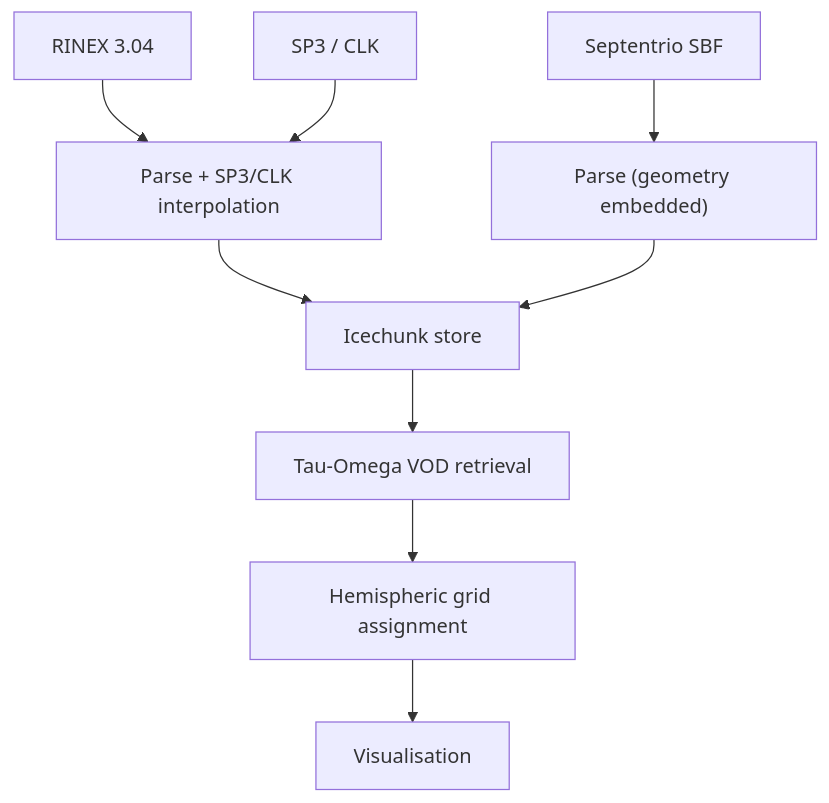
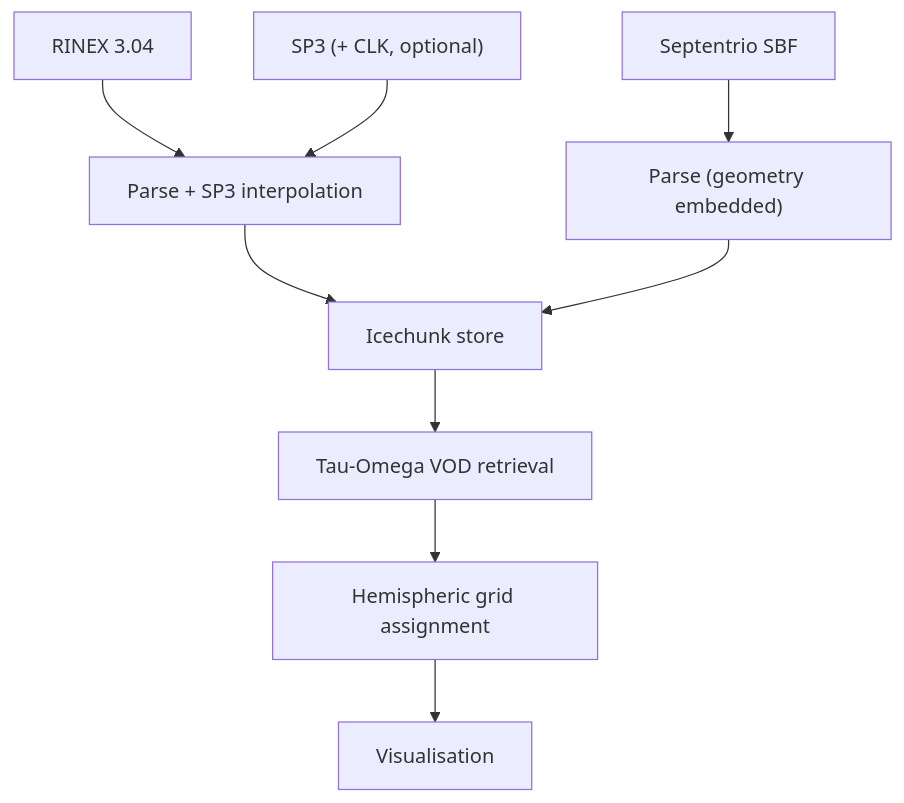
One commit to nfb2021/canvodpy changed the diagram in docs/index.md. Above: the diagram before and after it, drawn with Mermaid. The commit also changed other lines of this file and 24 other files, not shown here.

First line of the commit message:
feat(auxiliary): make CLK clock-correction fetching optional (default on)

````diff
--- a/docs/index.md
+++ b/docs/index.md
@@ -150,11 +150,11 @@
 ```mermaid
 flowchart TD
-    RINEX["RINEX 3.04"] --> PARSE["Parse + SP3/CLK interpolation"]
+    RINEX["RINEX 3.04"] --> PARSE["Parse + SP3 interpolation"]
     SBF["Septentrio SBF"] --> PARSE2["Parse (geometry embedded)"]
-    SP3["SP3 / CLK"] --> PARSE
+    SP3["SP3 (+ CLK, optional)"] --> PARSE
     PARSE --> STORE["Icechunk store"]
     PARSE2 --> STORE
     STORE --> VOD["Tau-Omega VOD retrieval"]
     VOD --> GRID["Hemispheric grid assignment"]
     GRID --> VIZ["Visualisation"]
 ```
````
